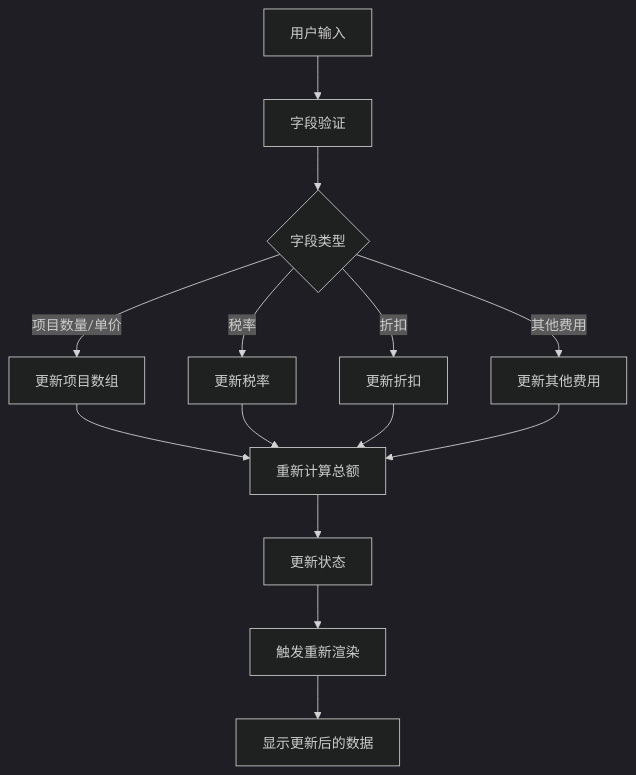
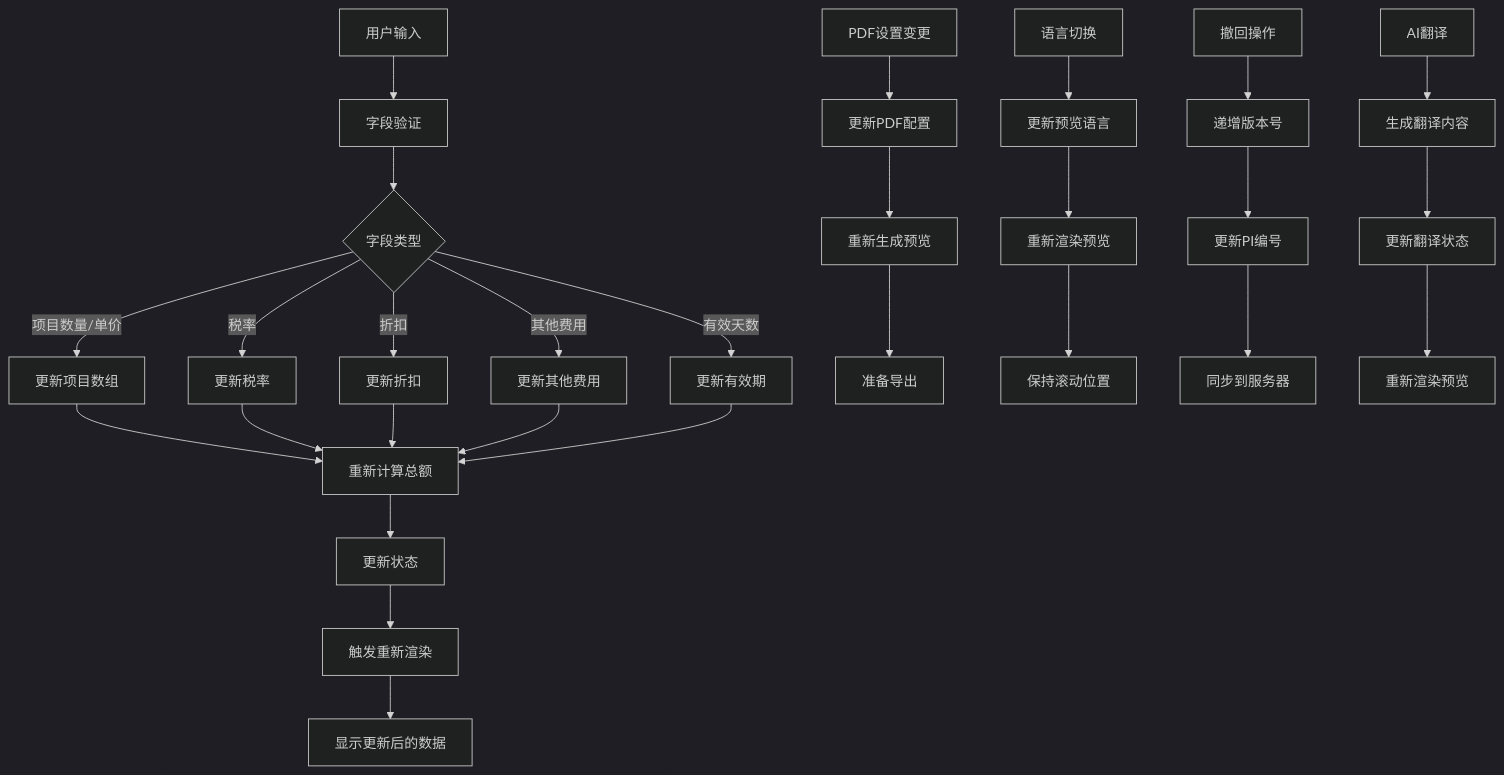
The fifth of 11 diagrams in .qoder/repowiki/zh/content/Pi Editor Component.md (CubeEdge/Longhorn), drawn with Mermaid (dark theme) before and after one commit. The commit also changed other lines of this file and 53 other files, not shown here.

````diff
--- a/.qoder/repowiki/zh/content/Pi Editor Component.md
+++ b/.qoder/repowiki/zh/content/Pi Editor Component.md
@@ -193,16 +295,30 @@
 ```mermaid
 flowchart TD
 A[用户输入] --> B[字段验证]
 B --> C{字段类型}
 C --> |项目数量/单价| D[更新项目数组]
 C --> |税率| E[更新税率]
 C --> |折扣| F[更新折扣]
 C --> |其他费用| G[更新其他费用]
-D --> H[重新计算总额]
-E --> H
-F --> H
-G --> H
-H --> I[更新状态]
-I --> J[触发重新渲染]
-J --> K[显示更新后的数据]
+C --> |有效天数| H[更新有效期]
+D --> I[重新计算总额]
+E --> I
+F --> I
+G --> I
+H --> I
+I --> J[更新状态]
+J --> K[触发重新渲染]
+K --> L[显示更新后的数据]
+M[PDF设置变更] --> N[更新PDF配置]
+N --> O[重新生成预览]
+O --> P[准备导出]
+Q[语言切换] --> R[更新预览语言]
+R --> S[重新渲染预览]
+S --> T[保持滚动位置]
+U[撤回操作] --> V[递增版本号]
+V --> W[更新PI编号]
+W --> X[同步到服务器]
+Y[AI翻译] --> Z[生成翻译内容]
+Z --> AA[更新翻译状态]
+AA --> BB[重新渲染预览]
 ```
````
